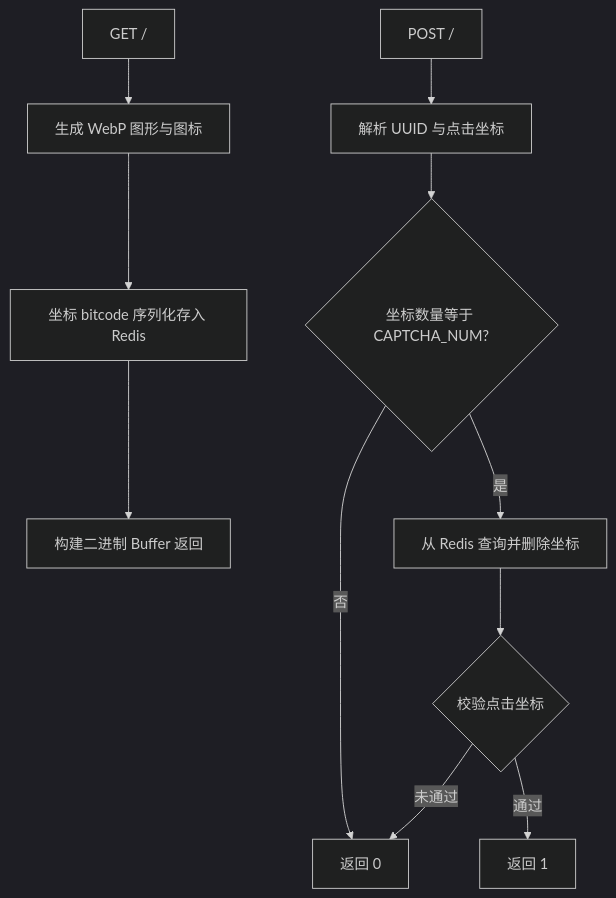
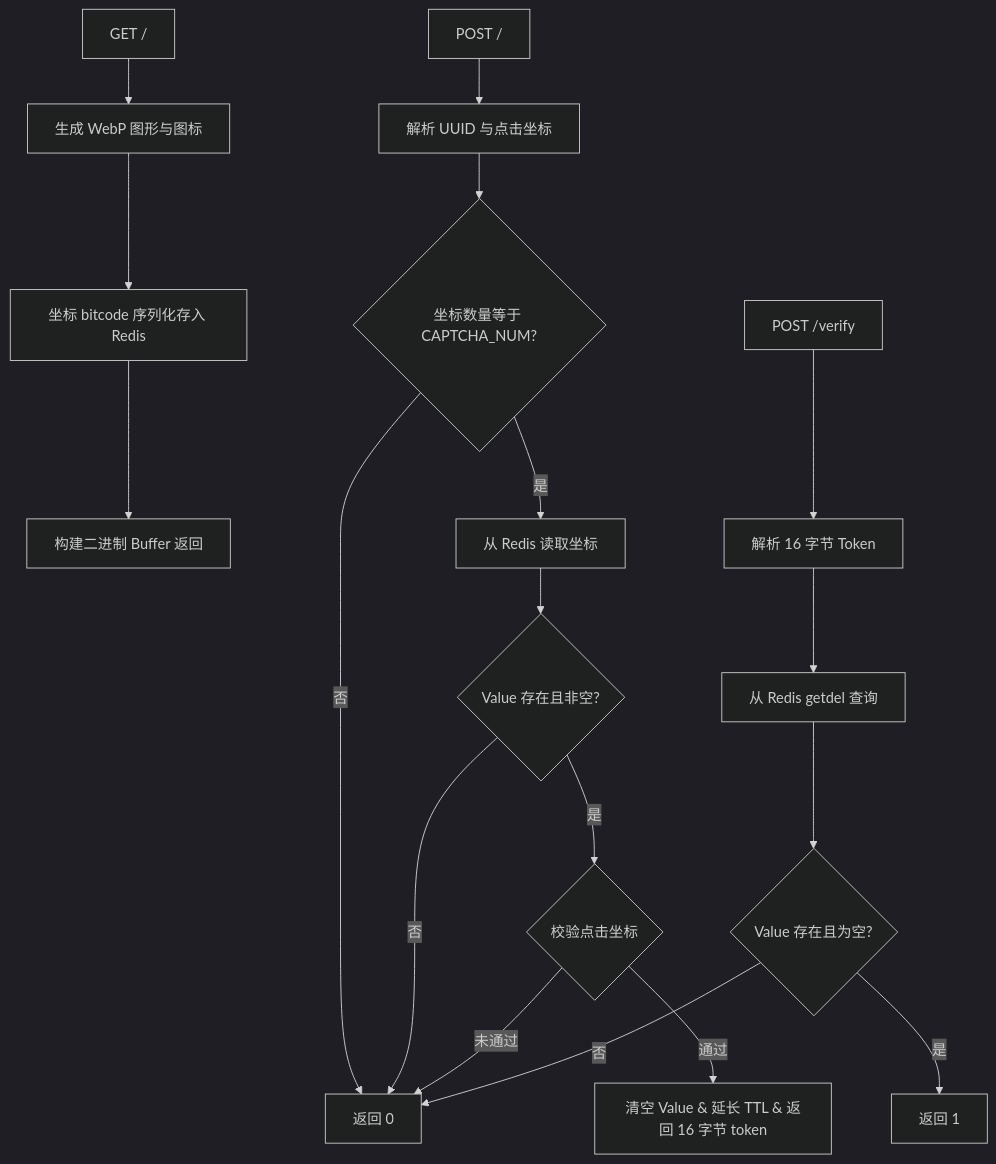
The diagram in captcha_srv/readme/zh.md (webc-site/npm), drawn with Mermaid (dark theme) before and after one commit. The commit also changed other lines of this file and 4 other files, not shown here.

````diff
--- a/captcha_srv/readme/zh.md
+++ b/captcha_srv/readme/zh.md
@@ -71,13 +79,20 @@
 ```mermaid
 graph TD
   A[GET /] --> B[生成 WebP 图形与图标]
   B --> C[坐标 bitcode 序列化存入 Redis]
   C --> D[构建二进制 Buffer 返回]
   E[POST /] --> F[解析 UUID 与点击坐标]
   F --> G{坐标数量等于 CAPTCHA_NUM?}
   G -- 否 --> H[返回 0]
-  G -- 是 --> I[从 Redis 查询并删除坐标]
-  I --> J{校验点击坐标}
-  J -- 通过 --> K[返回 1]
-  J -- 未通过 --> H
+  G -- 是 --> I[从 Redis 读取坐标]
+  I --> J{Value 存在且非空?}
+  J -- 否 --> H
+  J -- 是 --> K{校验点击坐标}
+  K -- 通过 --> L[清空 Value & 延长 TTL & 返回 16 字节 token]
+  K -- 未通过 --> H
+  M[POST /verify] --> N[解析 16 字节 Token]
+  N --> O[从 Redis getdel 查询]
+  O --> P{Value 存在且为空?}
+  P -- 是 --> Q[返回 1]
+  P -- 否 --> H
 ```
````
